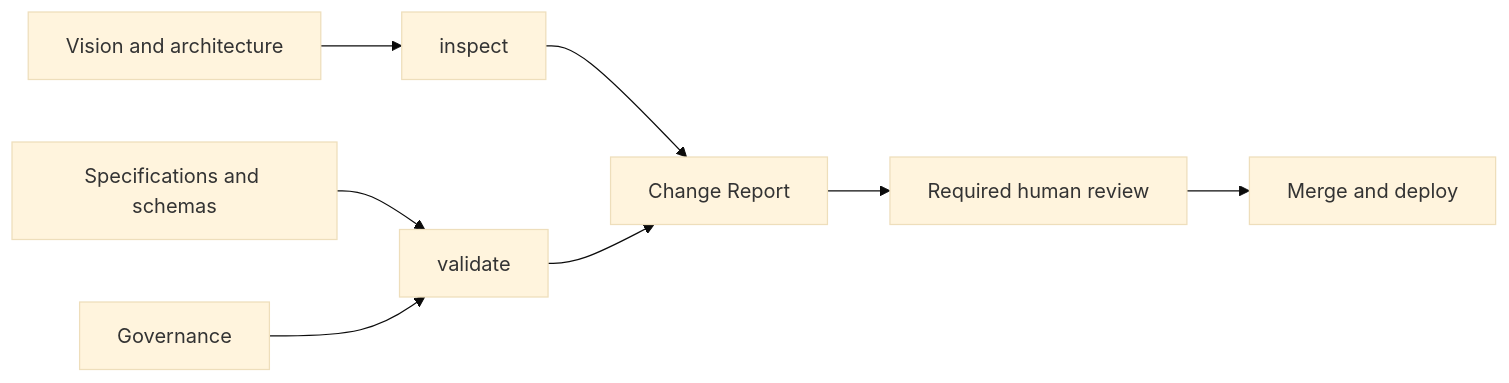
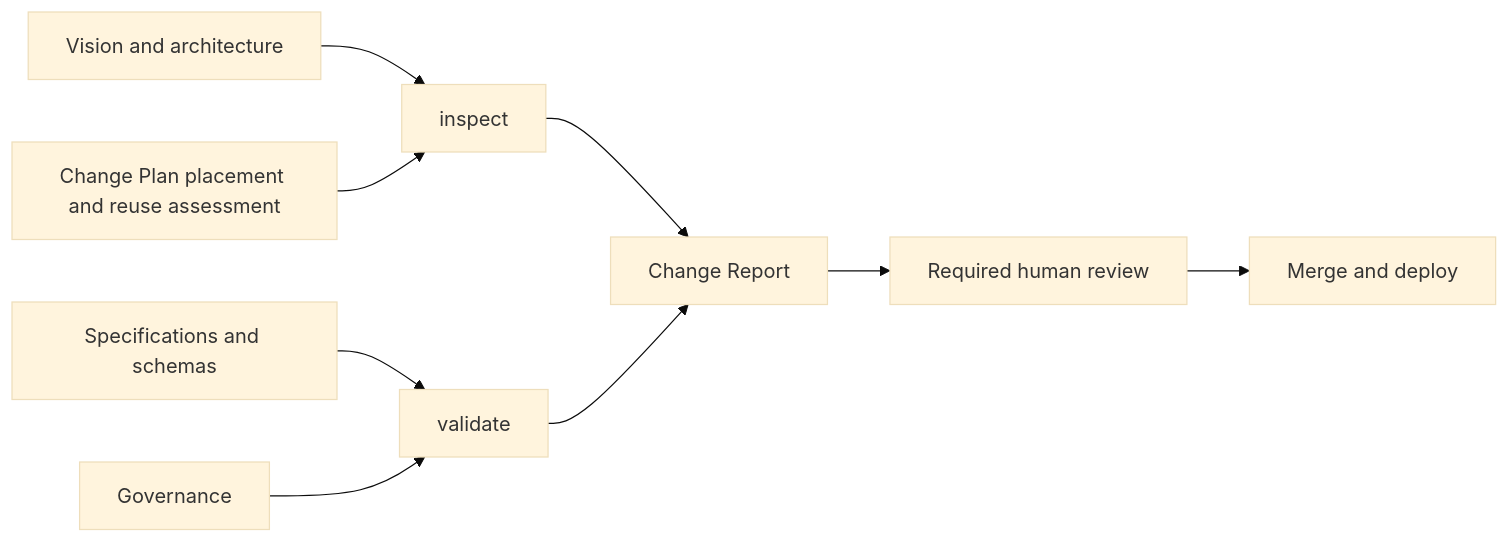
One commit to oregano-os/oregano changed the diagram in docs/architecture/validation-and-inspection.md. Above: the diagram before and after it, drawn with Mermaid (base theme). The commit also changed other lines of this file and 98 other files, not shown here.

````diff
--- a/docs/architecture/validation-and-inspection.md
+++ b/docs/architecture/validation-and-inspection.md
@@ -31,10 +40,11 @@
 ```mermaid
 flowchart LR
     V["Vision and architecture"] --> I["inspect"]
     S["Specifications and schemas"] --> C["validate"]
     G["Governance"] --> C
+    P["Change Plan placement and reuse assessment"] --> I
     I --> R["Change Report"]
     C --> R
     R --> H["Required human review"]
     H --> D["Merge and deploy"]
 ```
````
